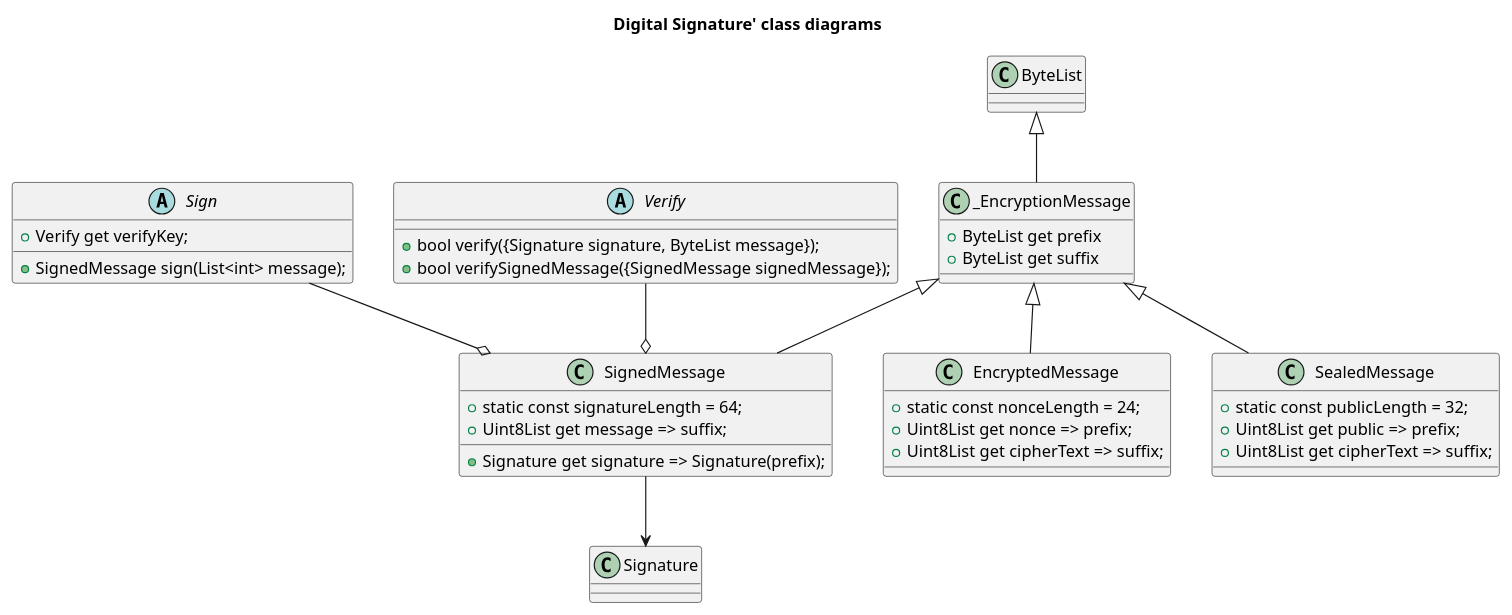
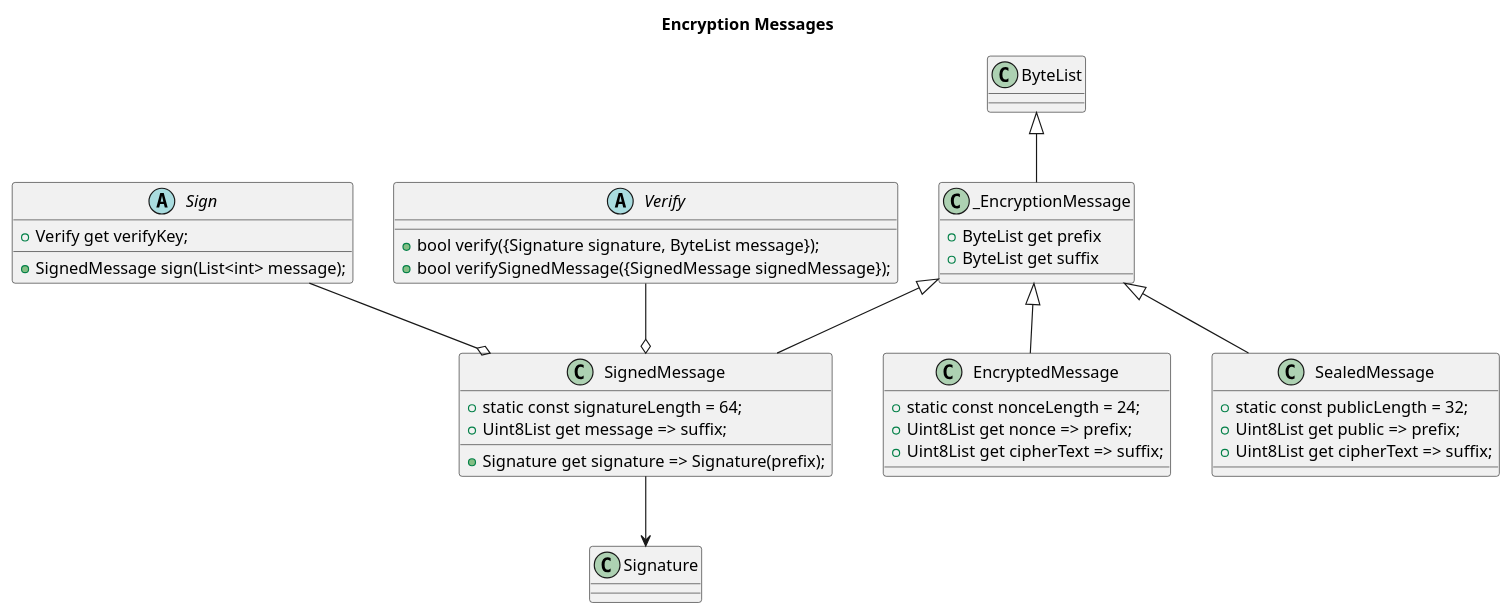
One commit to ilap/pinenacl-dart changed the diagram in doc/encryption_message.wsd. Above: the diagram before and after it, drawn with PlantUML.

```diff
--- a/doc/encryption_message.wsd
+++ b/doc/encryption_message.wsd
@@ -1,42 +1,42 @@
 @startuml
 
-title Digital Signature' class diagrams
+title Encryption Messages
 
 abstract class Sign {
   + Verify get verifyKey;
   + SignedMessage sign(List<int> message);
 }
 
 abstract class Verify {
   + bool verify({Signature signature, ByteList message});
   + bool verifySignedMessage({SignedMessage signedMessage});
 }
 
 class _EncryptionMessage extends ByteList {
   + ByteList get prefix
   + ByteList get suffix
 }
 
 class EncryptedMessage extends _EncryptionMessage {
   + static const nonceLength = 24; 
   + Uint8List get nonce => prefix;
   + Uint8List get cipherText => suffix;
 }
 
 class SealedMessage extends _EncryptionMessage {
   + static const publicLength = 32;
   + Uint8List get public => prefix;
   + Uint8List get cipherText => suffix;
 }
 
 class SignedMessage extends _EncryptionMessage {
   + static const signatureLength = 64;
   + Uint8List get message => suffix;
   + Signature get signature => Signature(prefix);
 }
 
 SignedMessage --> Signature
 Verify --o SignedMessage
 Sign --o SignedMessage
 
 @enduml
```
